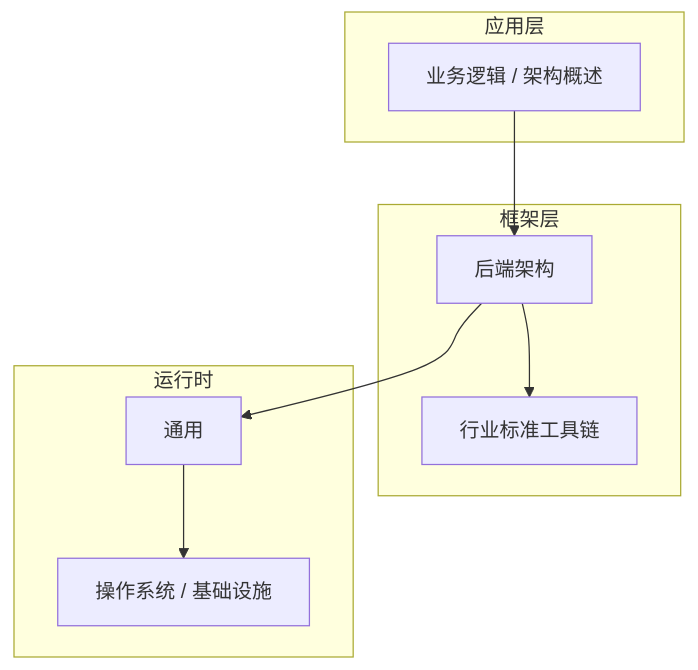
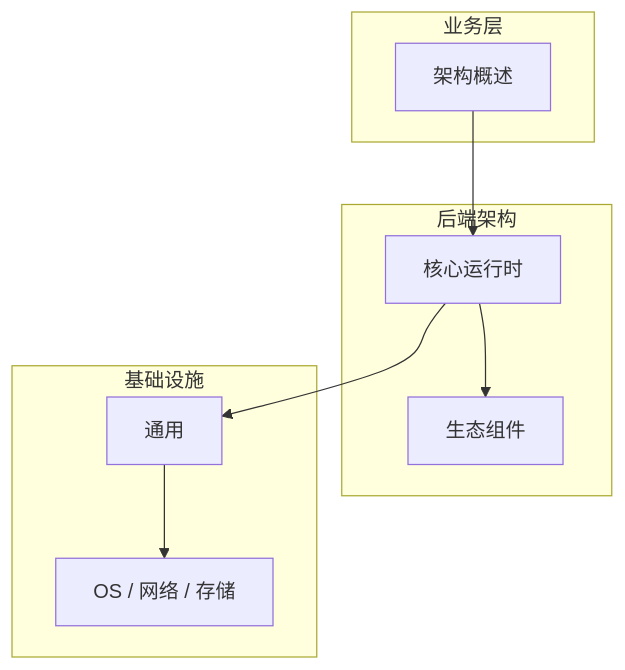
The diagram in articles/后端架构/chapters/001-架构概述核心概念与原理.md (yanggan2015/knowledge-json-v2), drawn with Mermaid before and after one commit. The commit also changed other lines of this file and 10127 other files, not shown here.

````diff
--- a/articles/后端架构/chapters/001-架构概述核心概念与原理.md
+++ b/articles/后端架构/chapters/001-架构概述核心概念与原理.md
@@ -45,18 +34,18 @@
 ```mermaid
 graph TB
-    subgraph 应用层
-        A[业务逻辑 / 架构概述]
+    subgraph 业务层
+        A[架构概述]
     end
-    subgraph 框架层
-        B[后端架构]
-        C[行业标准工具链]
+    subgraph 后端架构
+        B[核心运行时]
+        C[生态组件]
     end
-    subgraph 运行时
+    subgraph 基础设施
         D[通用]
-        E[操作系统 / 基础设施]
+        E[OS / 网络 / 存储]
     end
     A --> B
     B --> C
     B --> D
     D --> E
 ```
````
